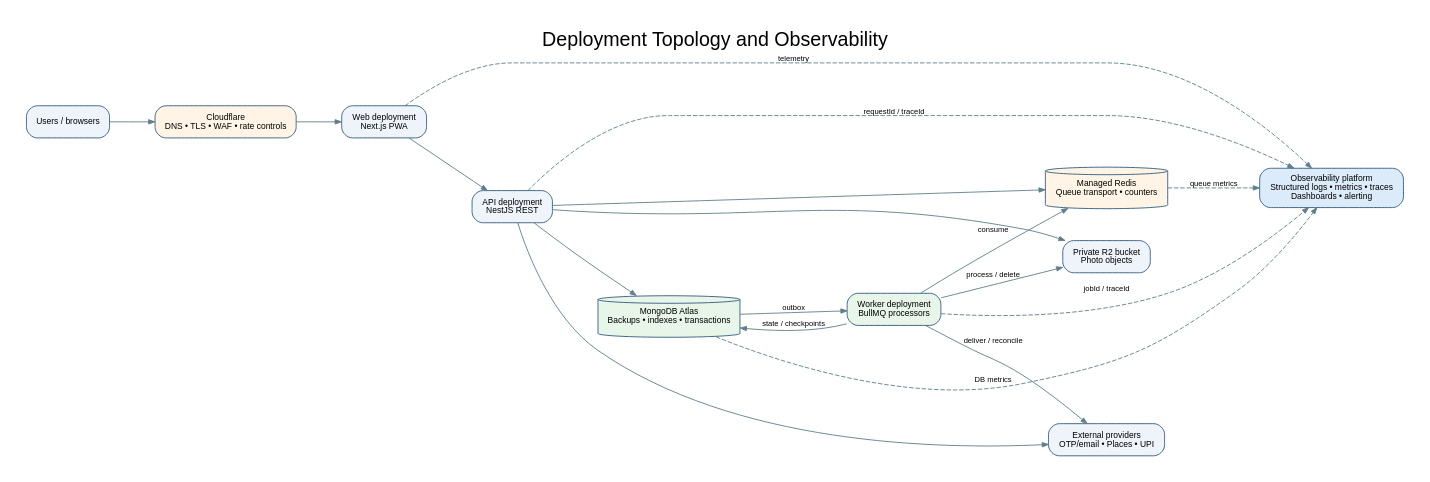
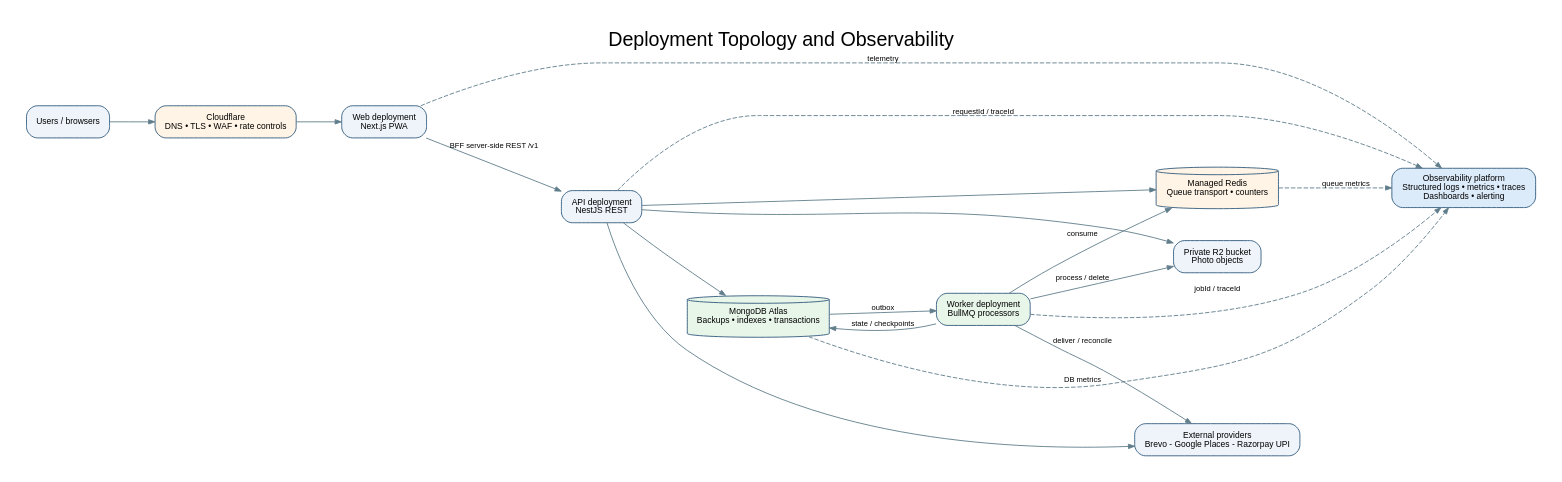
Before and after one commit to codeX4r/make-my-marrige: the diagram in docs/07-infrastructure/diagrams/deployment-observability.dot, drawn with Graphviz. The commit also changed 24 other files, not shown here.

```diff
--- a/docs/07-infrastructure/diagrams/deployment-observability.dot
+++ b/docs/07-infrastructure/diagrams/deployment-observability.dot
@@ -1,27 +1,28 @@
 digraph G {
  graph [rankdir=LR, bgcolor="white", pad="0.3", nodesep="0.4", ranksep="0.7", labelloc=t, label="Deployment Topology and Observability", fontsize=22, fontname="Arial"];
  node [shape=box, style="rounded,filled", fontname="Arial", fontsize=9.5, margin="0.15,0.1", color="#315A7D", fillcolor="#EEF4FA"];
  edge [fontname="Arial", fontsize=8.5, color="#607D8B", arrowsize=0.7];
  internet [label="Users / browsers"];
  cf [label="Cloudflare\nDNS • TLS • WAF • rate controls", fillcolor="#FFF4E5"];
  web [label="Web deployment\nNext.js PWA"];
  api [label="API deployment\nNestJS REST"];
  worker [label="Worker deployment\nBullMQ processors", fillcolor="#E8F5E9"];
  mongo [label="MongoDB Atlas\nBackups • indexes • transactions", shape=cylinder, fillcolor="#E8F5E9"];
  redis [label="Managed Redis\nQueue transport • counters", shape=cylinder, fillcolor="#FFF4E5"];
  r2 [label="Private R2 bucket\nPhoto objects"];
- providers [label="External providers\nOTP/email • Places • UPI"];
+ providers [label="External providers\nBrevo - Google Places - Razorpay UPI"];
  obs [label="Observability platform\nStructured logs • metrics • traces\nDashboards • alerting", fillcolor="#DCEBFA"];
- internet -> cf -> web -> api;
+ internet -> cf -> web;
+ web -> api [label="BFF server-side REST /v1"];
  api -> mongo; api -> redis; api -> r2; api -> providers;
  mongo -> worker [label="outbox"];
  worker -> redis [label="consume"];
  worker -> mongo [label="state / checkpoints"];
  worker -> r2 [label="process / delete"];
  worker -> providers [label="deliver / reconcile"];
  web -> obs [style=dashed, label="telemetry"];
  api -> obs [style=dashed, label="requestId / traceId"];
  worker -> obs [style=dashed, label="jobId / traceId"];
  mongo -> obs [style=dashed, label="DB metrics"];
  redis -> obs [style=dashed, label="queue metrics"];
 }
```
